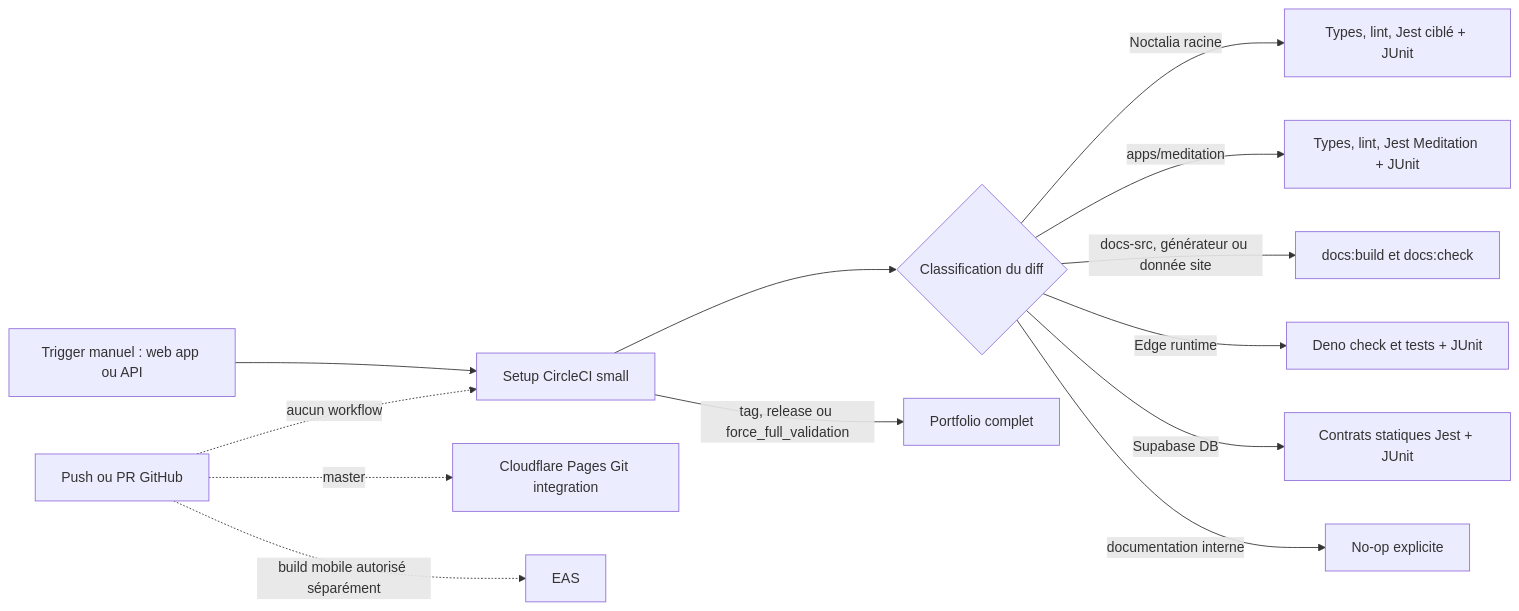
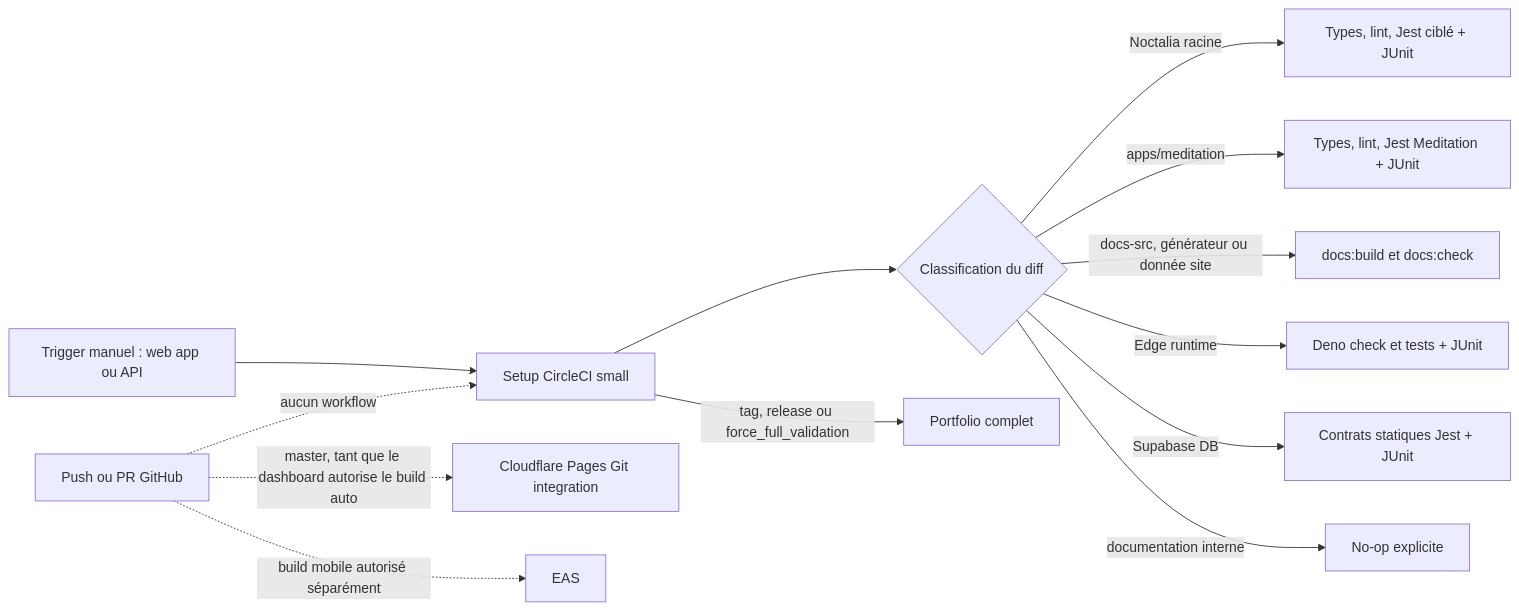
Before and after one commit to thannous/dreamer: the diagram in doc_web_interne/docs/circleci-migration.md, drawn with Mermaid. The commit also changed other lines of this file and 8 other files, not shown here.

````diff
--- a/doc_web_interne/docs/circleci-migration.md
+++ b/doc_web_interne/docs/circleci-migration.md
@@ -101,15 +101,15 @@
 ```mermaid
 flowchart LR
   T[Trigger manuel : web app ou API] --> S[Setup CircleCI small]
   GH[Push ou PR GitHub] -. aucun workflow .-> S
   S --> C{Classification du diff}
   C -->|Noctalia racine| N[Types, lint, Jest ciblé + JUnit]
   C -->|apps/meditation| M[Types, lint, Jest Meditation + JUnit]
   C -->|docs-src, générateur ou donnée site| D[docs:build et docs:check]
   C -->|Edge runtime| E[Deno check et tests + JUnit]
   C -->|Supabase DB| B[Contrats statiques Jest + JUnit]
   C -->|documentation interne| Z[No-op explicite]
   S -->|tag, release ou force_full_validation| F[Portfolio complet]
-  GH -. master .-> CF[Cloudflare Pages Git integration]
+  GH -. master, tant que le dashboard autorise le build auto .-> CF[Cloudflare Pages Git integration]
   GH -. build mobile autorisé séparément .-> EA[EAS]
 ```
````
